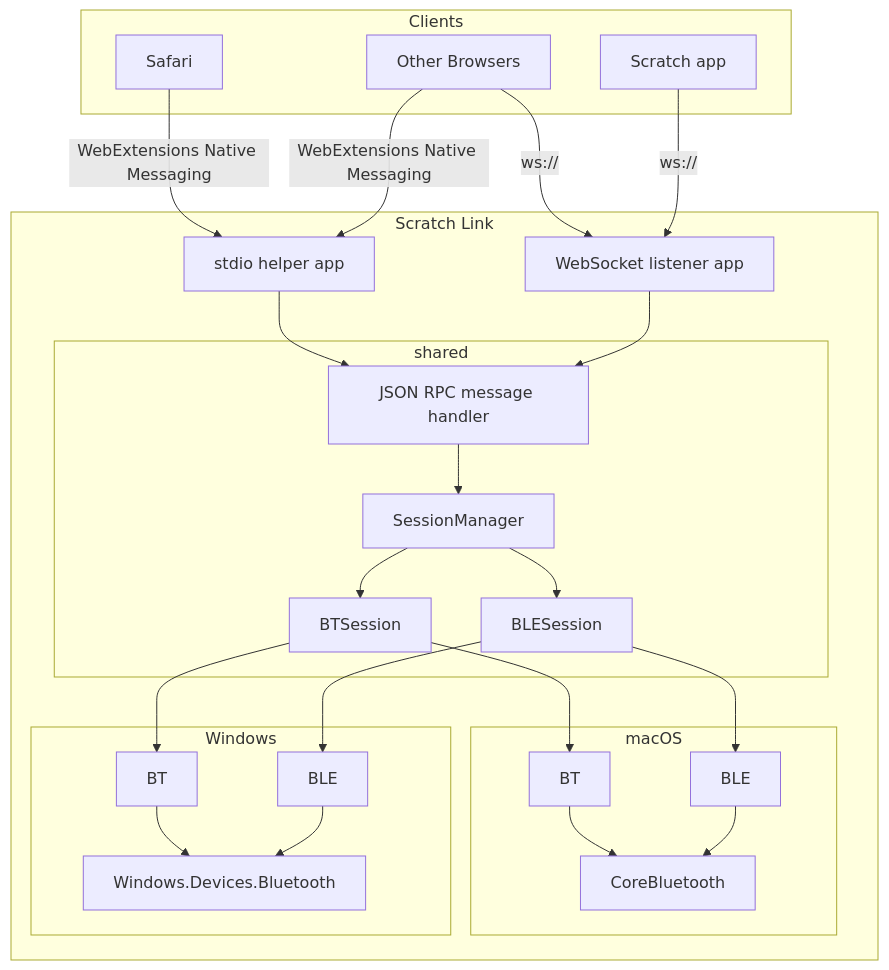
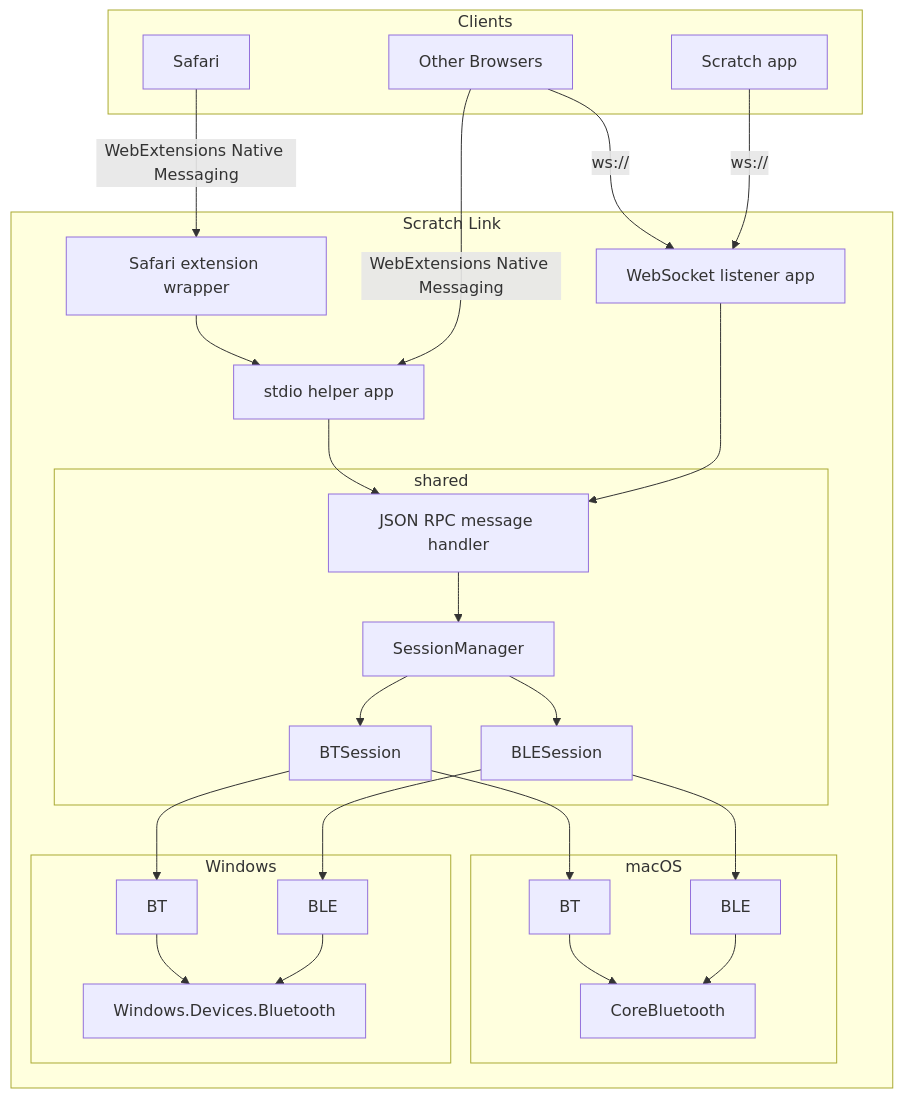
Before and after one commit to scratchfoundation/scratch-link: the diagram in Documentation/Architecture.md, drawn with Mermaid.

Commit message:
add Safari extension wrapper to diagram

````diff
--- a/Documentation/Architecture.md
+++ b/Documentation/Architecture.md
@@ -49,46 +49,47 @@
 ```mermaid
 graph TD;
 subgraph Clients
     Safari
     Browsers["Other Browsers"]
     App["Scratch app"]
 end
 subgraph "Scratch Link"
     WebSocket["WebSocket listener app"]
     stdio["stdio helper app"]
+    SafariHelper["Safari extension wrapper"]
     subgraph "shared"
         RPC["JSON RPC message handler"]
         SessionManager
         BTSession
         BLESession
     end
     subgraph "macOS"
         MacBT["BT"]
         MacBLE["BLE"]
         CoreBluetooth
     end
     subgraph "Windows"
         WinBT["BT"]
         WinBLE["BLE"]
         Windows.Devices.Bluetooth
     end
 end
 
-Safari -- WebExtensions Native Messaging --> stdio
+Safari -- WebExtensions Native Messaging --> SafariHelper --> stdio
 Browsers -- WebExtensions Native Messaging --> stdio
 Browsers -- ws:// --> WebSocket
 App -- ws:// --> WebSocket
 stdio --> RPC
 WebSocket --> RPC
 RPC --> SessionManager
 SessionManager --> BTSession
 SessionManager --> BLESession
 BTSession --> MacBT
 BLESession --> MacBLE
 BTSession --> WinBT
 BLESession --> WinBLE
 MacBT --> CoreBluetooth
 MacBLE --> CoreBluetooth
 WinBT --> Windows.Devices.Bluetooth
 WinBLE --> Windows.Devices.Bluetooth
 ```
````
